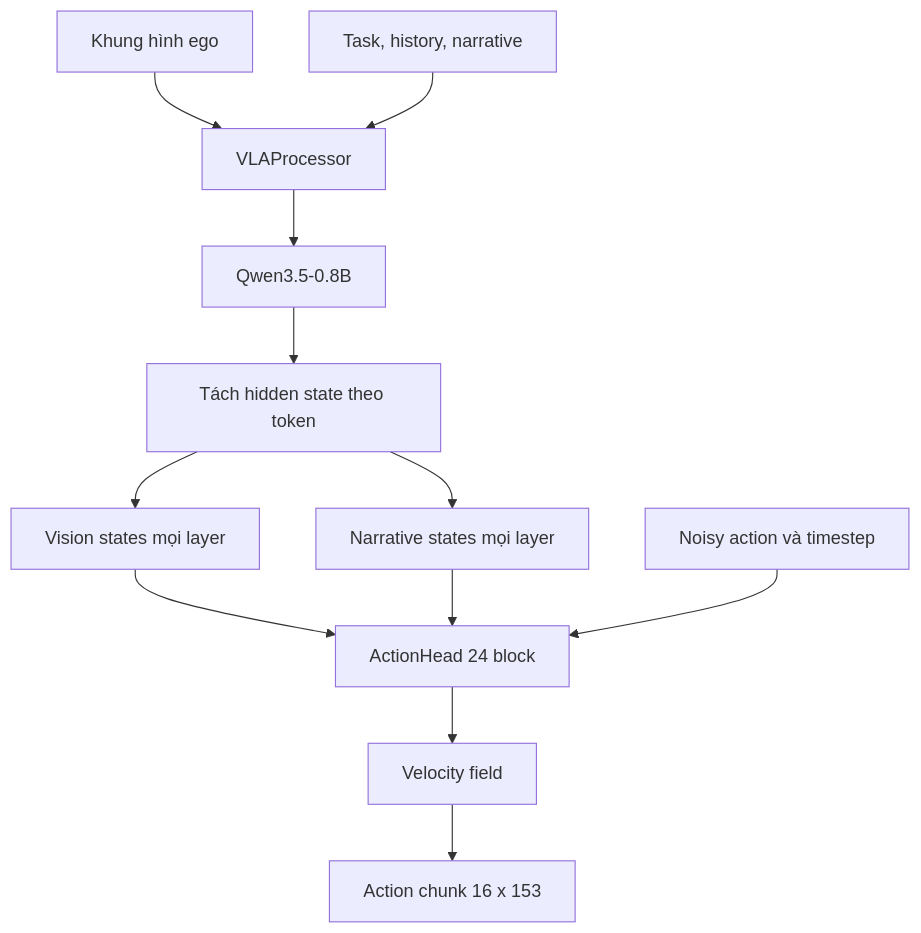
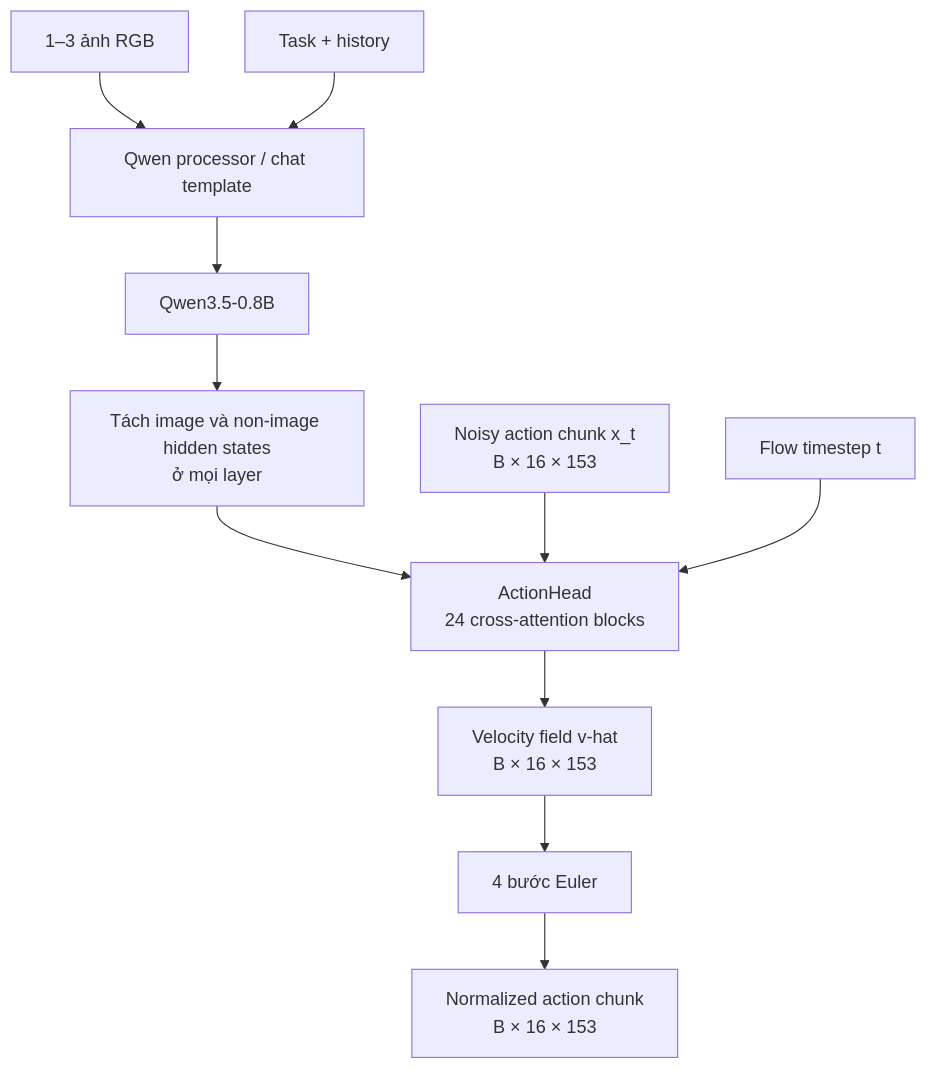
The first of 2 diagrams in docs/research_finding/03-vla-core/short_overview.md (cycler04/VinRobotics-VLA), drawn with Mermaid before and after one commit. The commit also changed other lines of this file and 15 other files, not shown here.

````diff
--- a/docs/research_finding/03-vla-core/short_overview.md
+++ b/docs/research_finding/03-vla-core/short_overview.md
@@ -27,26 +27,25 @@
 ```mermaid
 flowchart TD
-    FRAME[Khung hình ego]
-    TEXT[Task, history, narrative]
-    PROC[VLAProcessor]
+    IMG[1–3 ảnh RGB]
+    TXT[Task + history]
+    PROC[Qwen processor / chat template]
     QWEN[Qwen3.5-0.8B]
-    SPLIT[Tách hidden state theo token]
-    VIS[Vision states mọi layer]
-    NAR[Narrative states mọi layer]
-    NOISE[Noisy action và timestep]
-    HEAD[ActionHead 24 block]
-    VEL[Velocity field]
-    ACT[Action chunk 16 x 153]
+    SPLIT[Tách image và non-image hidden states<br/>ở mọi layer]
+    NOISE[Noisy action chunk x_t<br/>B × 16 × 153]
+    TIME[Flow timestep t]
+    HEAD[ActionHead<br/>24 cross-attention blocks]
+    VEL[Velocity field v-hat<br/>B × 16 × 153]
+    EULER[4 bước Euler]
+    OUT[Normalized action chunk<br/>B × 16 × 153]
 
-    FRAME --> PROC
-    TEXT --> PROC
+    IMG --> PROC
+    TXT --> PROC
     PROC --> QWEN
     QWEN --> SPLIT
-    SPLIT --> VIS
-    SPLIT --> NAR
-    VIS --> HEAD
-    NAR --> HEAD
+    SPLIT --> HEAD
     NOISE --> HEAD
+    TIME --> HEAD
     HEAD --> VEL
-    VEL --> ACT
+    VEL --> EULER
+    EULER --> OUT
 ```
````
